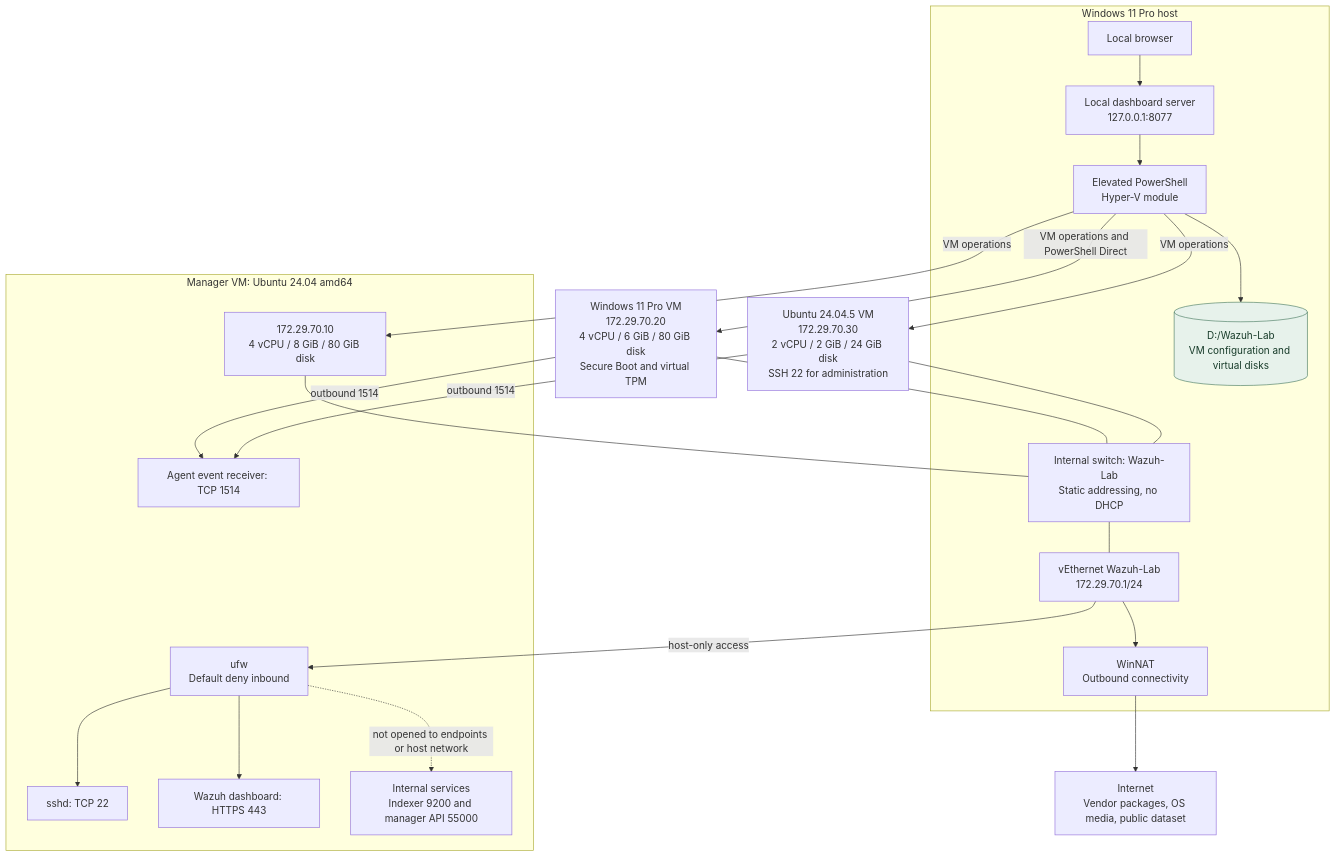
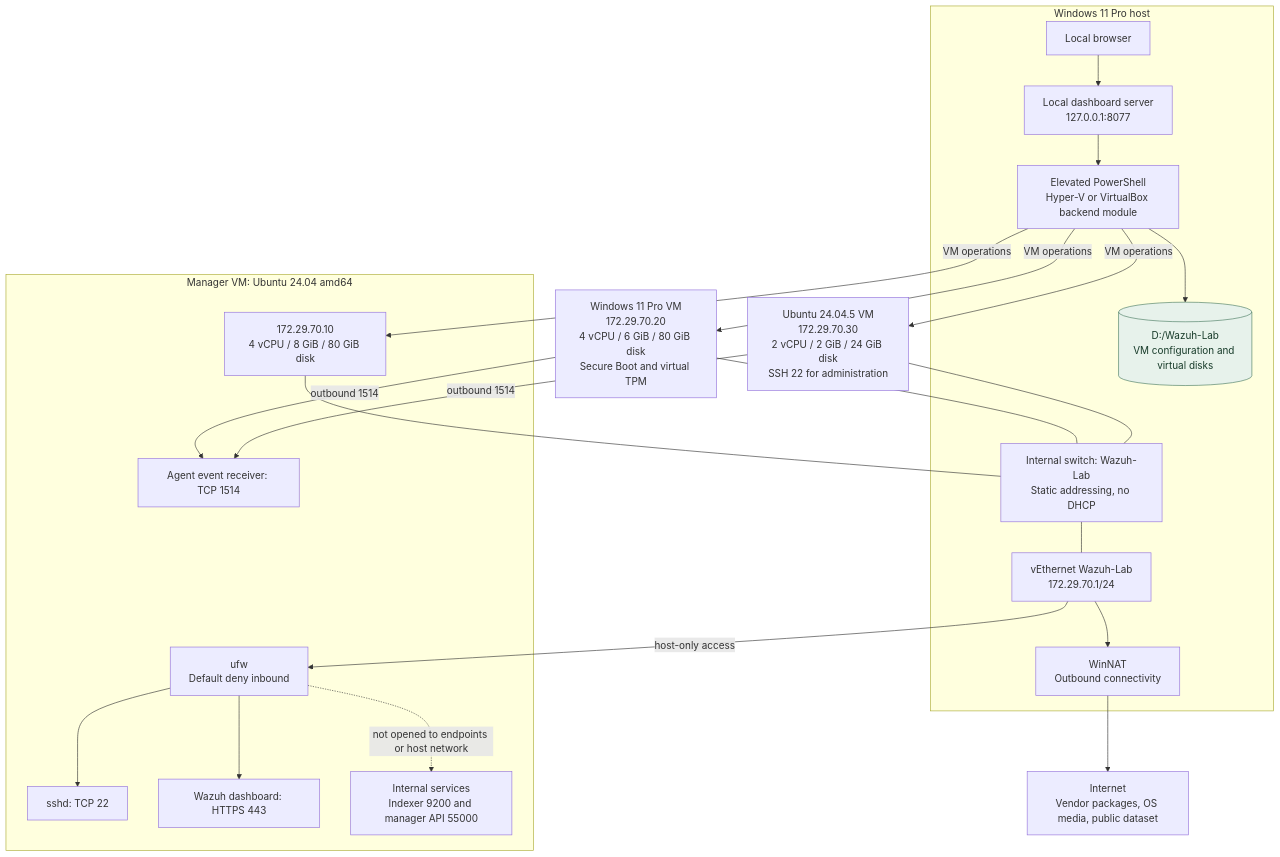
Before and after one commit to koustubs/wazuh-mitre-attack-lab: the second of 11 diagrams in docs/architecture/README.md, drawn with Mermaid. The commit also changed other lines of this file and 9 other files, not shown here.

First line of the commit message:
Write the architecture diagrams from one source instead of three

````diff
--- a/docs/architecture/README.md
+++ b/docs/architecture/README.md
@@ -79,41 +85,41 @@
 ```mermaid
 flowchart TB
     INTERNET["Internet<br/>Vendor packages, OS media, public dataset"]
     subgraph HOST["Windows 11 Pro host"]
         BROWSER["Local browser"]
         HOSTAPI["Local dashboard server<br/>127.0.0.1:8077"]
-        ADMIN["Elevated PowerShell<br/>Hyper-V module"]
+        ADMIN["Elevated PowerShell<br/>Hyper-V or VirtualBox backend module"]
         DISKS[("D:/Wazuh-Lab<br/>VM configuration and virtual disks")]
         GW["vEthernet Wazuh-Lab<br/>172.29.70.1/24"]
         NAT["WinNAT<br/>Outbound connectivity"]
         SW["Internal switch: Wazuh-Lab<br/>Static addressing, no DHCP"]
     end
     subgraph MVM["Manager VM: Ubuntu 24.04 amd64"]
         FW["ufw<br/>Default deny inbound"]
         MS["172.29.70.10<br/>4 vCPU / 8 GiB / 80 GiB disk"]
         SSH["sshd: TCP 22"]
         WEB["Wazuh dashboard: HTTPS 443"]
         EVENTS["Agent event receiver: TCP 1514"]
         LOCAL["Internal services<br/>Indexer 9200 and manager API 55000"]
     end
     WVM["Windows 11 Pro VM<br/>172.29.70.20<br/>4 vCPU / 6 GiB / 80 GiB disk<br/>Secure Boot and virtual TPM"]
     LVM["Ubuntu 24.04.5 VM<br/>172.29.70.30<br/>2 vCPU / 2 GiB / 24 GiB disk<br/>SSH 22 for administration"]
     BROWSER --> HOSTAPI
     HOSTAPI --> ADMIN
     ADMIN -->|VM operations| MS
-    ADMIN -->|VM operations and PowerShell Direct| WVM
+    ADMIN -->|VM operations| WVM
     ADMIN -->|VM operations| LVM
     ADMIN --> DISKS
     SW --- GW --> NAT --> INTERNET
     MS --- SW
     WVM --- SW
     LVM --- SW
     GW -->|host-only access| FW
     FW --> SSH
     FW --> WEB
     WVM -->|outbound 1514| EVENTS
     LVM -->|outbound 1514| EVENTS
     FW -.->|not opened to endpoints or host network| LOCAL
     classDef store fill:#e7f2eb,stroke:#487b60,color:#173b29
     class DISKS store
 ```
````
